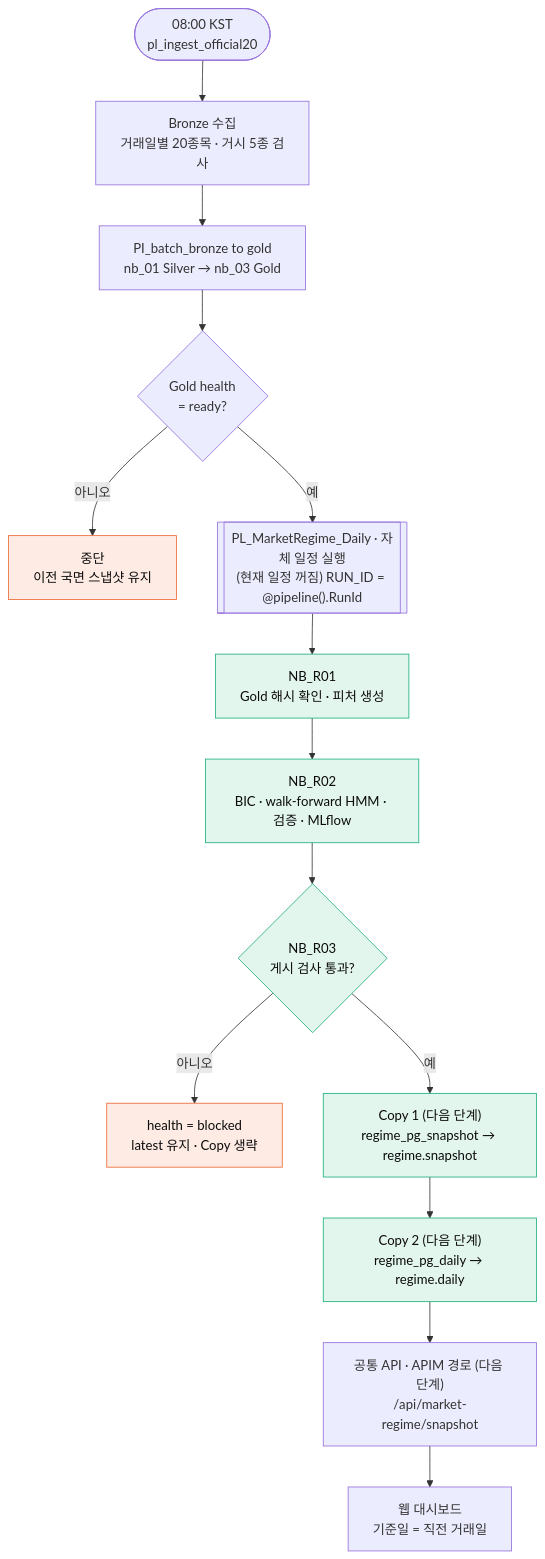
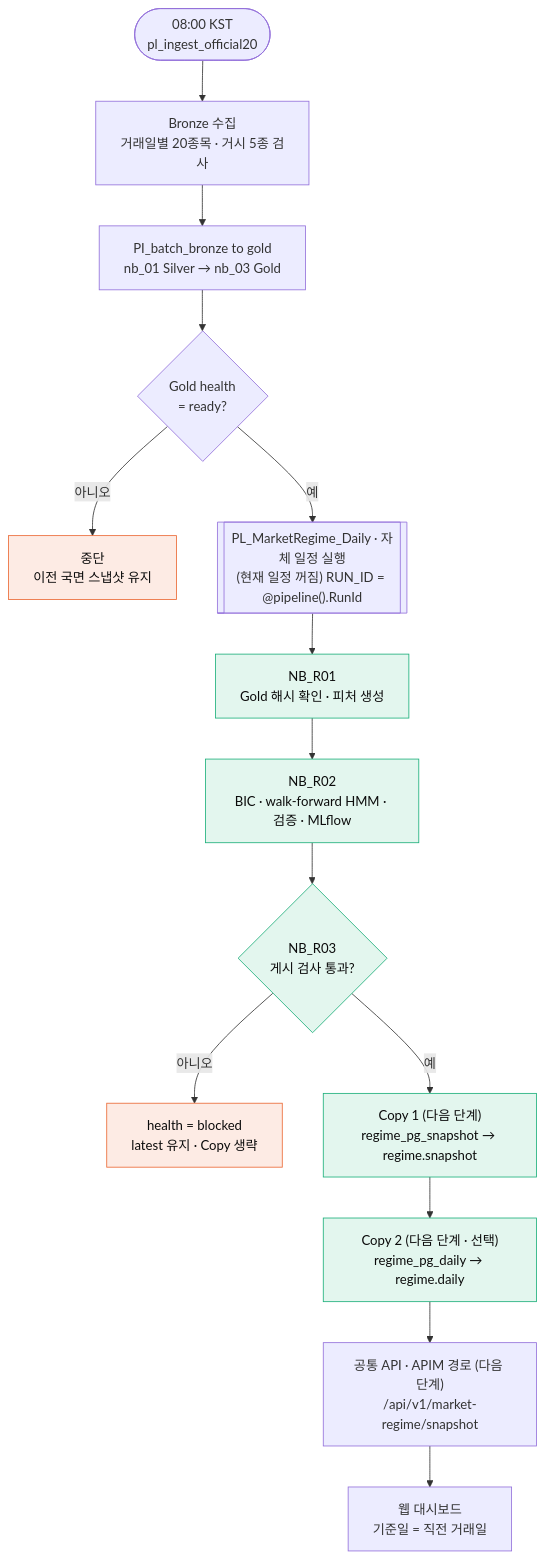
One commit to Hayden-Shin-Dev/stresslab changed the third of 4 diagrams in docs/market-regime/05_시장국면분석ML_기획서_최종본.md. Above: the diagram before and after it, drawn with Mermaid. The commit also changed other lines of this file and 1 other file, not shown here.

Commit message:
Update market regime docs to match the Fabric build

````diff
--- a/docs/market-regime/05_시장국면분석ML_기획서_최종본.md
+++ b/docs/market-regime/05_시장국면분석ML_기획서_최종본.md
@@ -233,20 +235,20 @@
 ```mermaid
 flowchart TB
   T0(["08:00 KST<br/>pl_ingest_official20"]) --> T1["Bronze 수집<br/>거래일별 20종목 · 거시 5종 검사"]
   T1 --> T2["PI_batch_bronze to gold<br/>nb_01 Silver → nb_03 Gold"]
   T2 --> G{"Gold health<br/>= ready?"}
   G -- 아니오 --> X1["중단<br/>이전 국면 스냅샷 유지"]
   G -- 예 --> P0[["PL_MarketRegime_Daily · 자체 일정 실행<br/>(현재 일정 꺼짐) RUN_ID = @pipeline().RunId"]]
   P0 --> N1["NB_R01<br/>Gold 해시 확인 · 피처 생성"]
   N1 --> N2["NB_R02<br/>BIC · walk-forward HMM · 검증 · MLflow"]
   N2 --> N3{"NB_R03<br/>게시 검사 통과?"}
   N3 -- 아니오 --> X2["health = blocked<br/>latest 유지 · Copy 생략"]
   N3 -- 예 --> C1["Copy 1 (다음 단계)<br/>regime_pg_snapshot → regime.snapshot"]
-  C1 --> C2["Copy 2 (다음 단계)<br/>regime_pg_daily → regime.daily"]
-  C2 --> API["공통 API · APIM 경로 (다음 단계)<br/>/api/market-regime/snapshot"]
+  C1 --> C2["Copy 2 (다음 단계 · 선택)<br/>regime_pg_daily → regime.daily"]
+  C2 --> API["공통 API · APIM 경로 (다음 단계)<br/>/api/v1/market-regime/snapshot"]
   API --> WEB["웹 대시보드<br/>기준일 = 직전 거래일"]
   classDef stop fill:#fdebe4,stroke:#eb6834,color:#0b0b0b
   classDef regime fill:#e3f6ee,stroke:#1baf7a,color:#0b0b0b
   class X1,X2 stop
   class N1,N2,N3,C1,C2 regime
 ```
````
